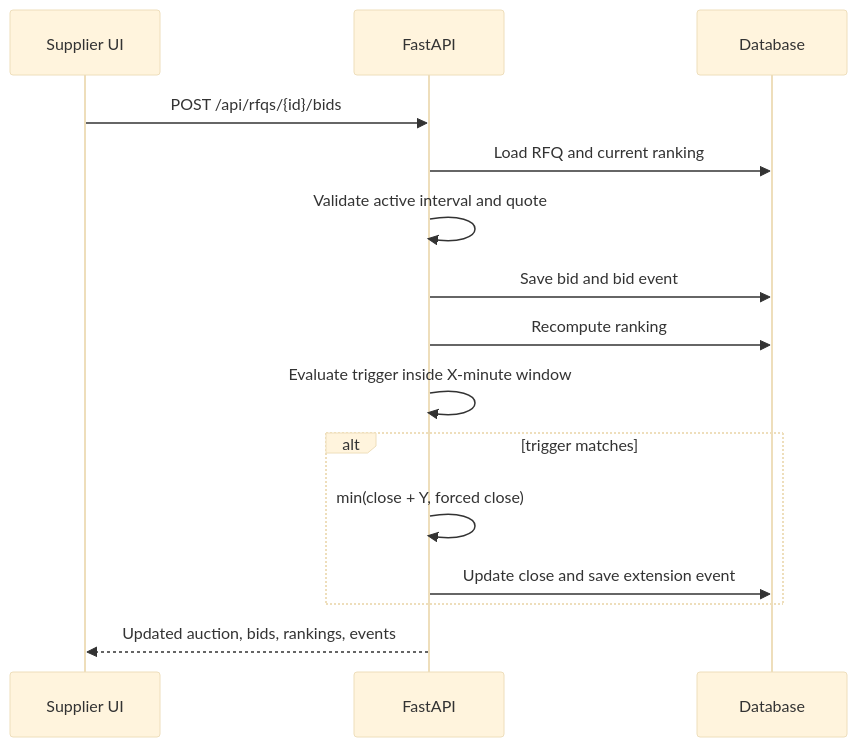
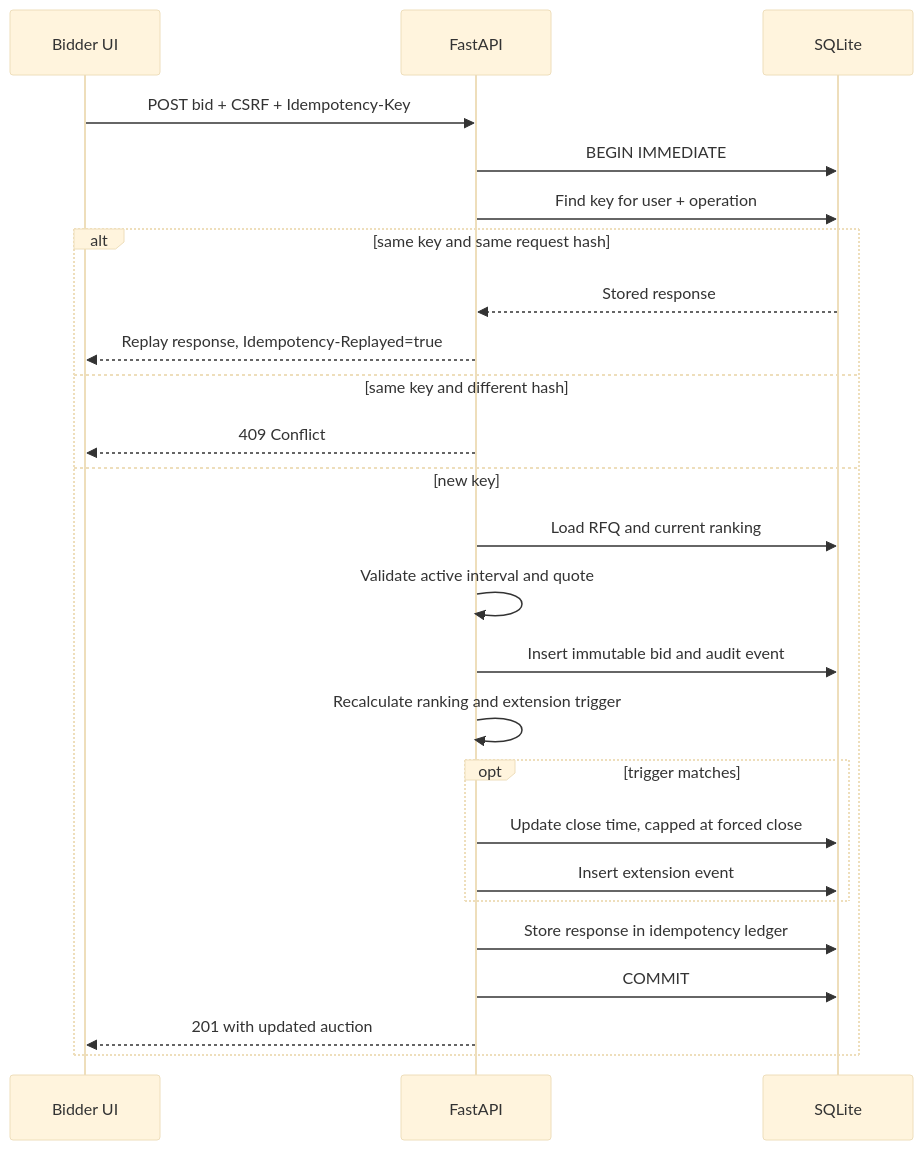
One commit to Autistic-coder/go-comet changed the third of 3 diagrams in docs/architecture.md. Above: the diagram before and after it, drawn with Mermaid (base theme). The commit also changed other lines of this file and 18 other files, not shown here.

````diff
--- a/docs/architecture.md
+++ b/docs/architecture.md
@@ -21,17 +51,27 @@
 ```mermaid
 sequenceDiagram
-    participant S as Supplier UI
-    participant A as FastAPI
-    participant D as Database
-    S->>A: POST /api/rfqs/{id}/bids
-    A->>D: Load RFQ and current ranking
-    A->>A: Validate active interval and quote
-    A->>D: Save bid and bid event
-    A->>D: Recompute ranking
-    A->>A: Evaluate trigger inside X-minute window
-    alt trigger matches
-        A->>A: min(close + Y, forced close)
-        A->>D: Update close and save extension event
+    participant UI as Bidder UI
+    participant API as FastAPI
+    participant DB as SQLite
+    UI->>API: POST bid + CSRF + Idempotency-Key
+    API->>DB: BEGIN IMMEDIATE
+    API->>DB: Find key for user + operation
+    alt same key and same request hash
+        DB-->>API: Stored response
+        API-->>UI: Replay response, Idempotency-Replayed=true
+    else same key and different hash
+        API-->>UI: 409 Conflict
+    else new key
+        API->>DB: Load RFQ and current ranking
+        API->>API: Validate active interval and quote
+        API->>DB: Insert immutable bid and audit event
+        API->>API: Recalculate ranking and extension trigger
+        opt trigger matches
+            API->>DB: Update close time, capped at forced close
+            API->>DB: Insert extension event
+        end
+        API->>DB: Store response in idempotency ledger
+        API->>DB: COMMIT
+        API-->>UI: 201 with updated auction
     end
-    A-->>S: Updated auction, bids, rankings, events
 ```
````
